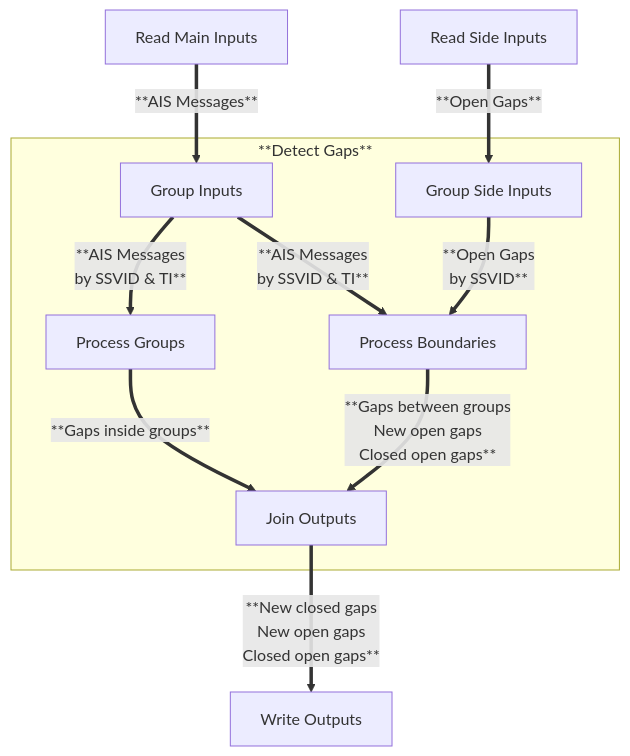
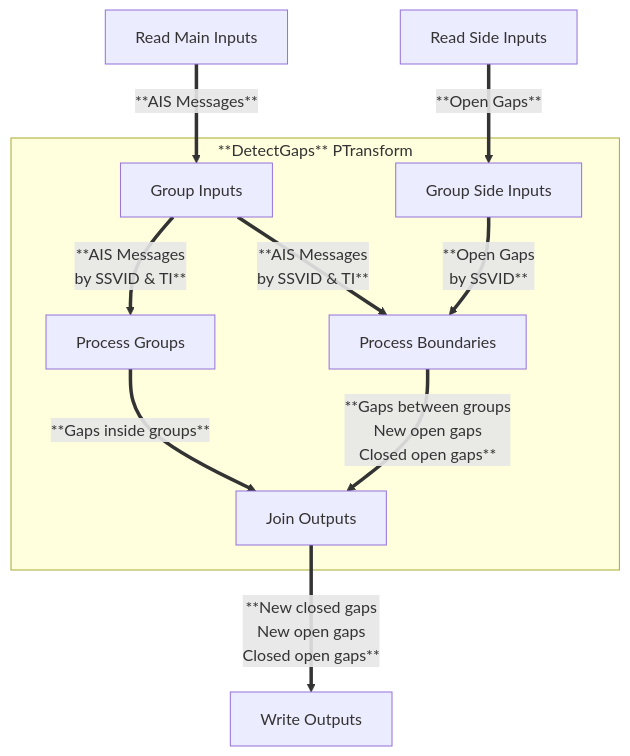
The second of 2 diagrams in README.md (GlobalFishingWatch/pipe-gaps), drawn with Mermaid before and after one commit. The commit also changed other lines of this file and 21 other files, not shown here.

````diff
--- a/README.md
+++ b/README.md
@@ -508,15 +510,15 @@
 ```mermaid
 flowchart TD;
     A[Read Main Inputs] ==> |**AIS Messages**| B[Group Inputs]
     C[Read Side Inputs] ==> |**Open Gaps**| D[Group Side Inputs]
 
-    subgraph **Detect Gaps**
+    subgraph **DetectGaps** PTransform
     B ==> |**AIS Messages <br/> by SSVID & TI**| E[Process Groups]
     B ==> |**AIS Messages <br/> by SSVID & TI**| F[Process Boundaries]
     D ==> |**Open Gaps  <br/> by SSVID**| F
     E ==> |**Gaps inside groups**| H[Join Outputs]
     F ==> |**Gaps between groups <br/> New open gaps <br/> Closed open gaps**| H
     end
 
     H ==> |**New closed gaps <br/> New open gaps <br/> Closed open gaps**| K[Write Outputs]
 ```
````
